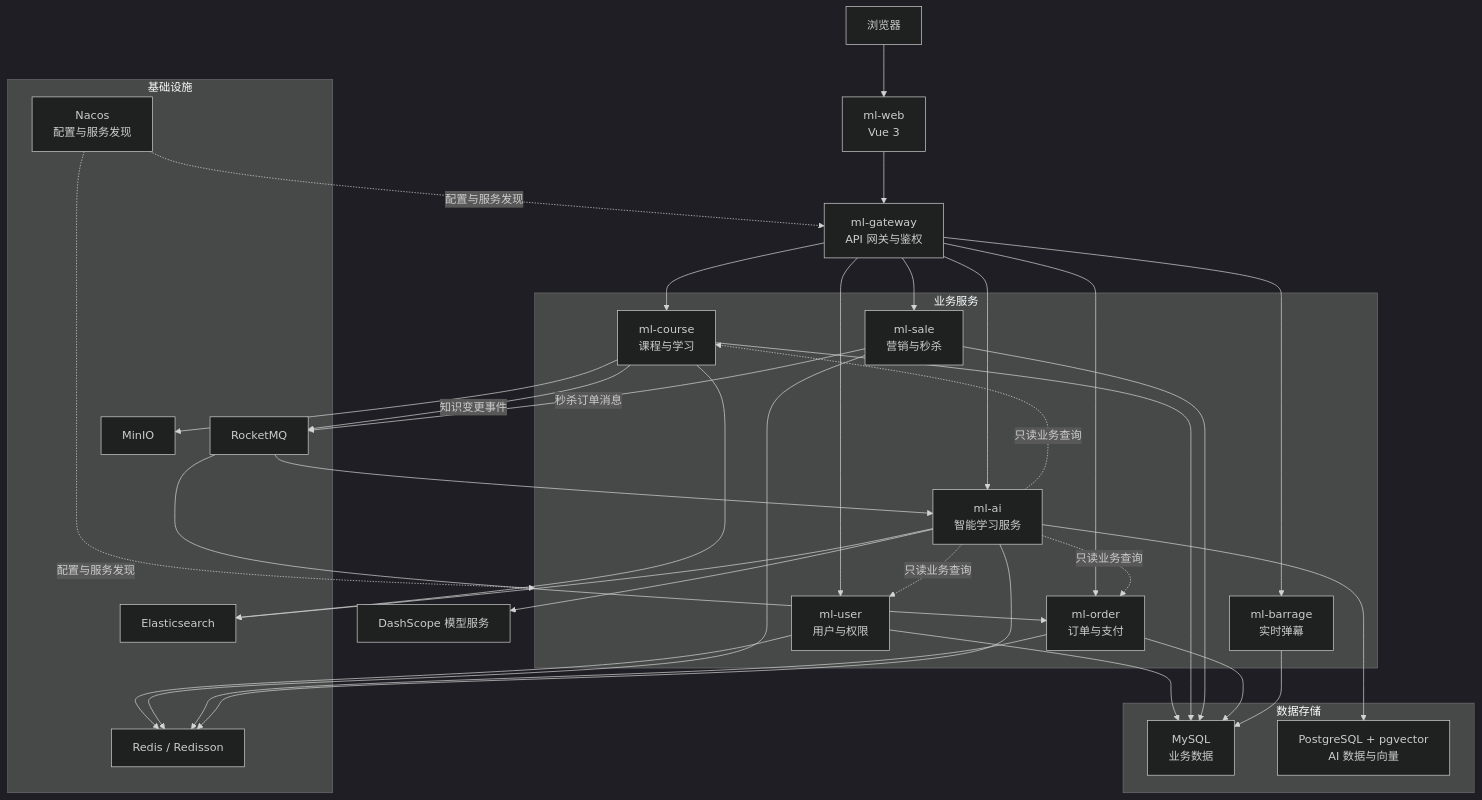
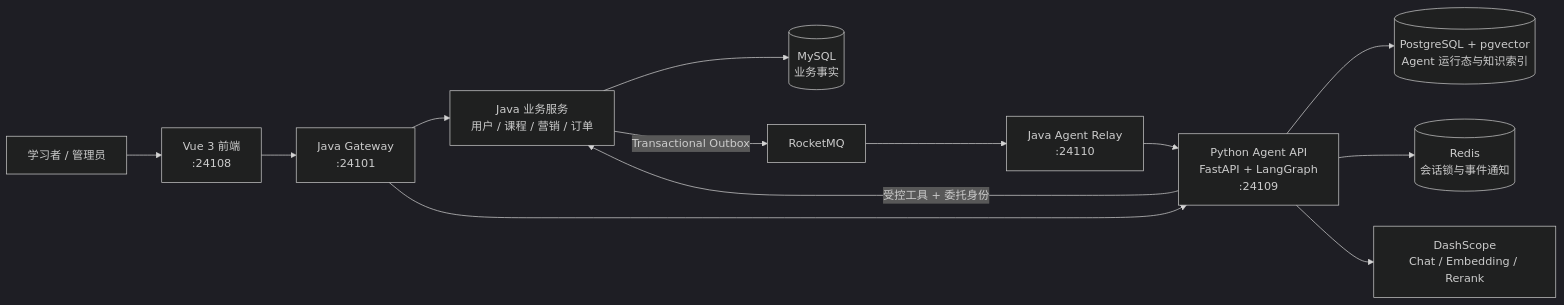
The diagram in README.md (yangaobo0235/my-lesson), drawn with Mermaid (dark theme) before and after one commit. The commit also changed other lines of this file and 801 other files, not shown here.

````diff
--- a/README.md
+++ b/README.md
@@ -24,62 +23,17 @@
 ```mermaid
-flowchart TB
-    Browser["浏览器"] --> Web["ml-web<br/>Vue 3"]
-    Web --> Gateway["ml-gateway<br/>API 网关与鉴权"]
+flowchart LR
+    User["学习者 / 管理员"] --> Web["Vue 3 前端<br/>:24108"]
+    Web --> Gateway["Java Gateway<br/>:24101"]
+    Gateway --> Java["Java 业务服务<br/>用户 / 课程 / 营销 / 订单"]
+    Gateway --> Agent["Python Agent API<br/>FastAPI + LangGraph<br/>:24109"]
 
-    subgraph Services["业务服务"]
-        User["ml-user<br/>用户与权限"]
-        Course["ml-course<br/>课程与学习"]
-        Sale["ml-sale<br/>营销与秒杀"]
-        Order["ml-order<br/>订单与支付"]
-        Barrage["ml-barrage<br/>实时弹幕"]
-        AI["ml-ai<br/>智能学习服务"]
-    end
+    Java --> MySQL[("MySQL<br/>业务事实")]
+    Agent --> Vector[("PostgreSQL + pgvector<br/>Agent 运行态与知识索引")]
+    Agent --> Redis[("Redis<br/>会话锁与事件通知")]
+    Agent --> Model["DashScope<br/>Chat / Embedding / Rerank"]
 
-    Gateway --> User
-    Gateway --> Course
-    Gateway --> Sale
-    Gateway --> Order
-    Gateway --> Barrage
-    Gateway --> AI
-
-    AI -. 只读业务查询 .-> User
-    AI -. 只读业务查询 .-> Course
-    AI -. 只读业务查询 .-> Order
-
-    subgraph Middleware["基础设施"]
-        Nacos["Nacos<br/>配置与服务发现"]
-        Redis["Redis / Redisson"]
-        MQ["RocketMQ"]
-        ES["Elasticsearch"]
-        MinIO["MinIO"]
-    end
-
-    subgraph Storage["数据存储"]
-        MySQL["MySQL<br/>业务数据"]
-        PostgreSQL["PostgreSQL + pgvector<br/>AI 数据与向量"]
-    end
-
-    User --> MySQL
-    Course --> MySQL
-    Sale --> MySQL
-    Order --> MySQL
-    Barrage --> MySQL
-    AI --> PostgreSQL
-
-    User --> Redis
-    Sale --> Redis
-    Order --> Redis
-    AI --> Redis
-    Course --> ES
-    AI --> ES
-    Course --> MinIO
-
-    Course -->|知识变更事件| MQ
-    MQ --> AI
-    Sale -->|秒杀订单消息| MQ
-    MQ --> Order
-
-    Nacos -. 配置与服务发现 .-> Gateway
-    Nacos -. 配置与服务发现 .-> Services
-    AI --> DashScope["DashScope 模型服务"]
+    Agent -->|"受控工具 + 委托身份"| Java
+    Java -->|"Transactional Outbox"| MQ["RocketMQ"]
+    MQ --> Relay["Java Agent Relay<br/>:24110"]
+    Relay --> Agent
 ```
````
